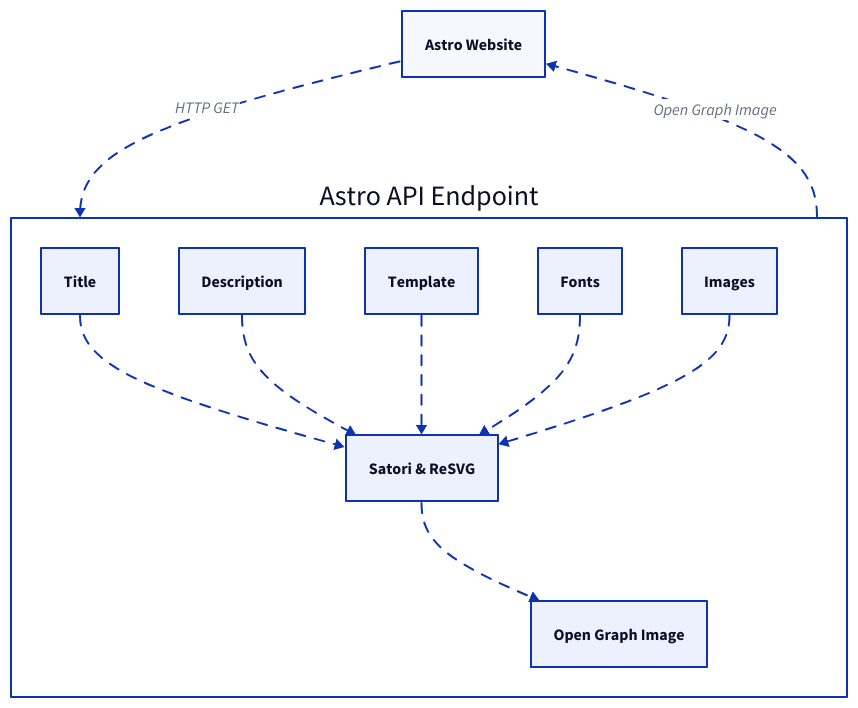
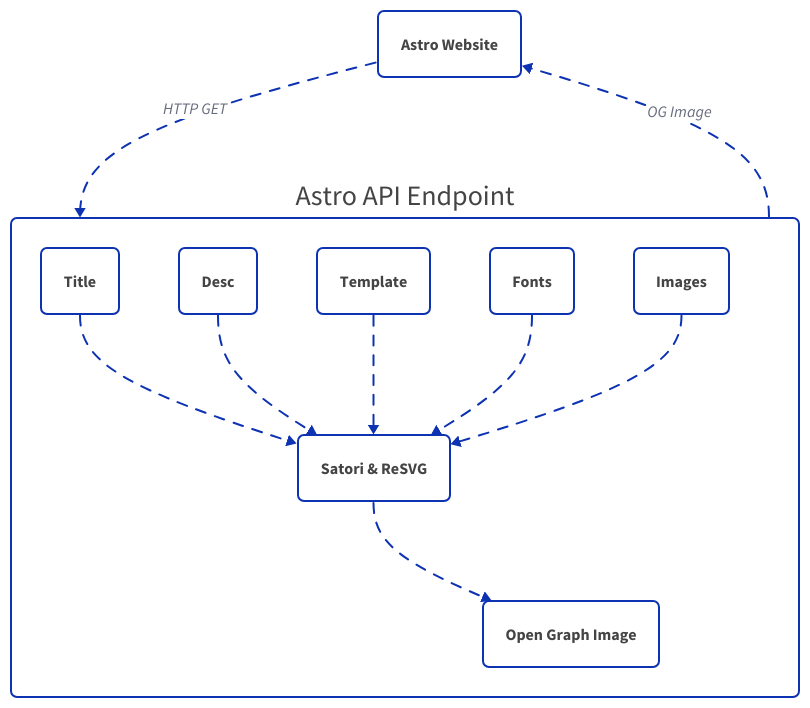
Before and after one commit to anav5704/anav.dev: the diagram in src/content/blogs/how-to-generate-dynamic-open-graph-images-with-astro-and-satori.md, drawn with D2. The commit also changed other lines of this file and 1 other file, not shown here.

Commit message:
chore: update existing d2 diagrams

````diff
--- a/src/content/blogs/how-to-generate-dynamic-open-graph-images-with-astro-and-satori.md
+++ b/src/content/blogs/how-to-generate-dynamic-open-graph-images-with-astro-and-satori.md
@@ -21,24 +21,28 @@
 ```d2
+*.style.border-radius: 6
+*.*.style.border-radius: 6
+*.style.fill: "#fff"
+*.*.style.fill: "#fff"
+*.style.font-color: "#444"
+*.*.style.font-color: "#444"
+*.style.double-border: false
+
 A: Astro Website
 B: Astro API Endpoint
 B.A: Satori & ReSVG
 B.B: Title
-B.C: Description
+B.C: Desc 
 B.D: Template
 B.E: Fonts
 B.F: Images
 B.G: Open Graph Image
-
-B.style.double-border: false
-B.style.fill: "#fff"
-B.direction: right
 
 A -> B: HTTP GET {style: { animated: true }}
 B.B -> B.A {style: { animated: true }} 
 B.C -> B.A {style: { animated: true }} 
 B.D -> B.A {style: { animated: true }}
 B.E -> B.A {style: { animated: true }}
 B.F -> B.A {style: { animated: true }}
 B.A -> B.G {style: { animated: true }}
-B -> A: Open Graph Image {style: { animated: true }}
+B -> A: OG Image {style: { animated: true }}
 ```
````
